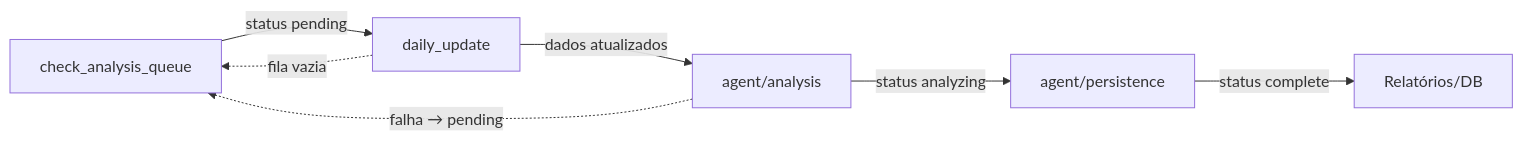
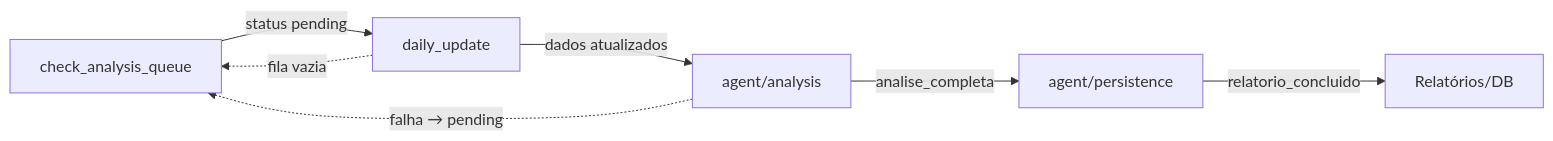
One commit to marcelomar21/bets-estatistica changed the diagram in README_agent.md. Above: the diagram before and after it, drawn with Mermaid. The commit also changed other lines of this file and 6 other files, not shown here.

````diff
--- a/README_agent.md
+++ b/README_agent.md
@@ -46,9 +46,9 @@
 ```mermaid
 graph LR
   A[check_analysis_queue] -->|status pending| B[daily_update]
   B -->|dados atualizados| C[agent/analysis]
-  C -->|status analyzing| D[agent/persistence]
-  D -->|status complete| E[Relatórios/DB]
+  C -->|analise_completa| D[agent/persistence]
+  D -->|relatorio_concluido| E[Relatórios/DB]
   C -.->|falha → pending| A
   B -.->|fila vazia| A
 ```
````
